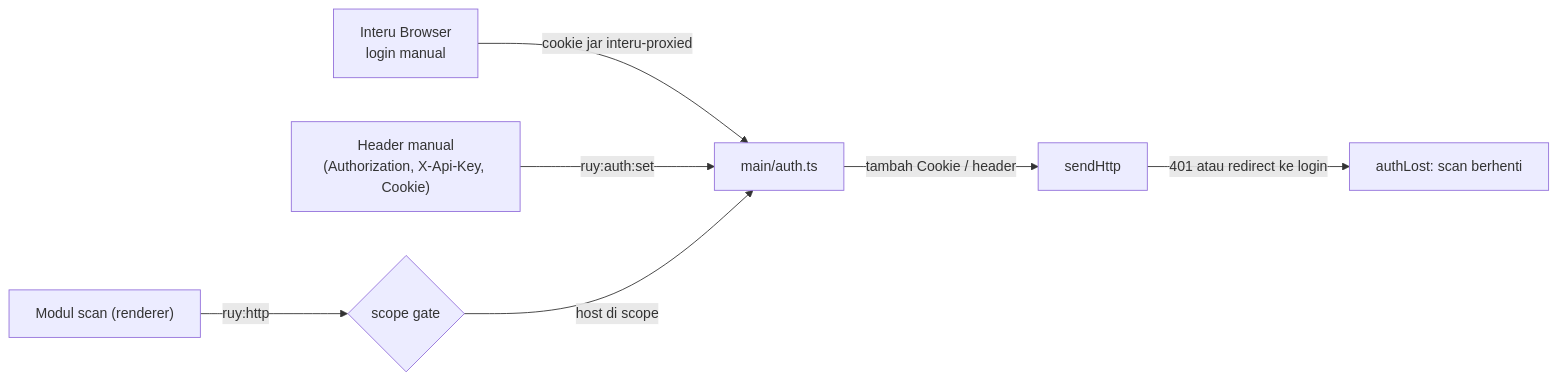
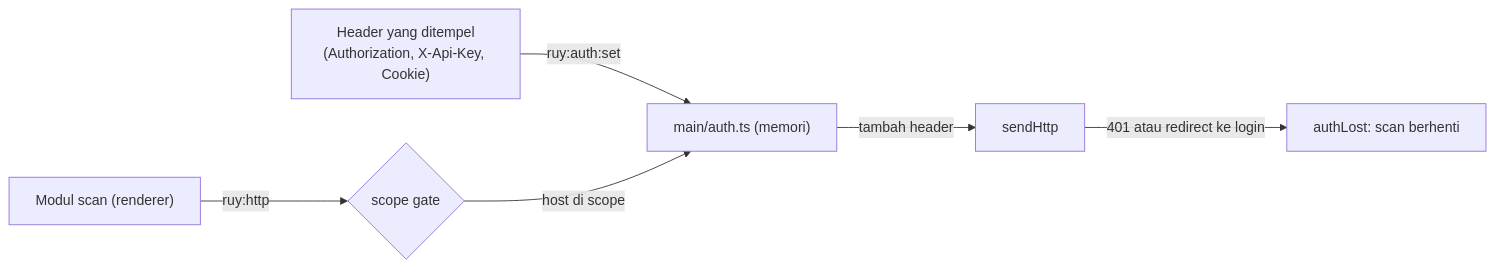
One commit to AlatBekam/Interu changed the diagram in docs/042_scan-terautentikasi.md. Above: the diagram before and after it, drawn with Mermaid. The commit also changed other lines of this file and 23 other files, not shown here.

First line of the commit message:
feat(auth): paste-only credentials; remove Interu Browser cookie option

````diff
--- a/docs/042_scan-terautentikasi.md
+++ b/docs/042_scan-terautentikasi.md
@@ -15,9 +15,8 @@
 ```mermaid
 flowchart LR
-  B["Interu Browser<br/>login manual"] -->|cookie jar interu-proxied| M["main/auth.ts"]
-  H["Header manual<br/>(Authorization, X-Api-Key, Cookie)"] -->|ruy:auth:set| M
+  H["Header yang ditempel<br/>(Authorization, X-Api-Key, Cookie)"] -->|ruy:auth:set| M["main/auth.ts (memori)"]
   R["Modul scan (renderer)"] -->|ruy:http| G{"scope gate"}
   G -->|host di scope| M
-  M -->|tambah Cookie / header| S["sendHttp"]
+  M -->|tambah header| S["sendHttp"]
   S -->|401 atau redirect ke login| L["authLost: scan berhenti"]
 ```
````
